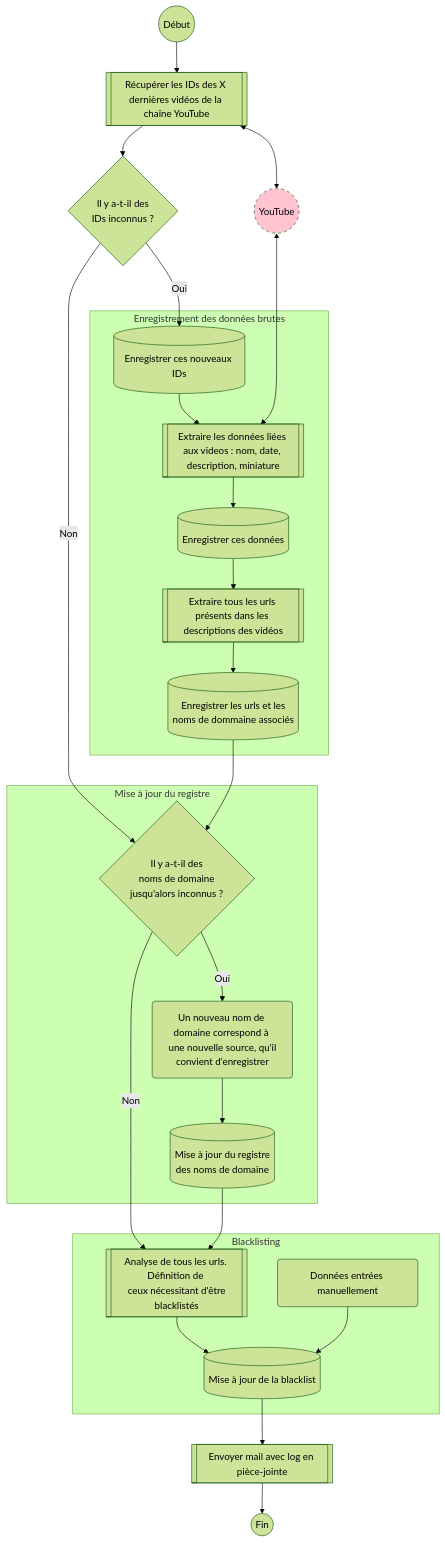
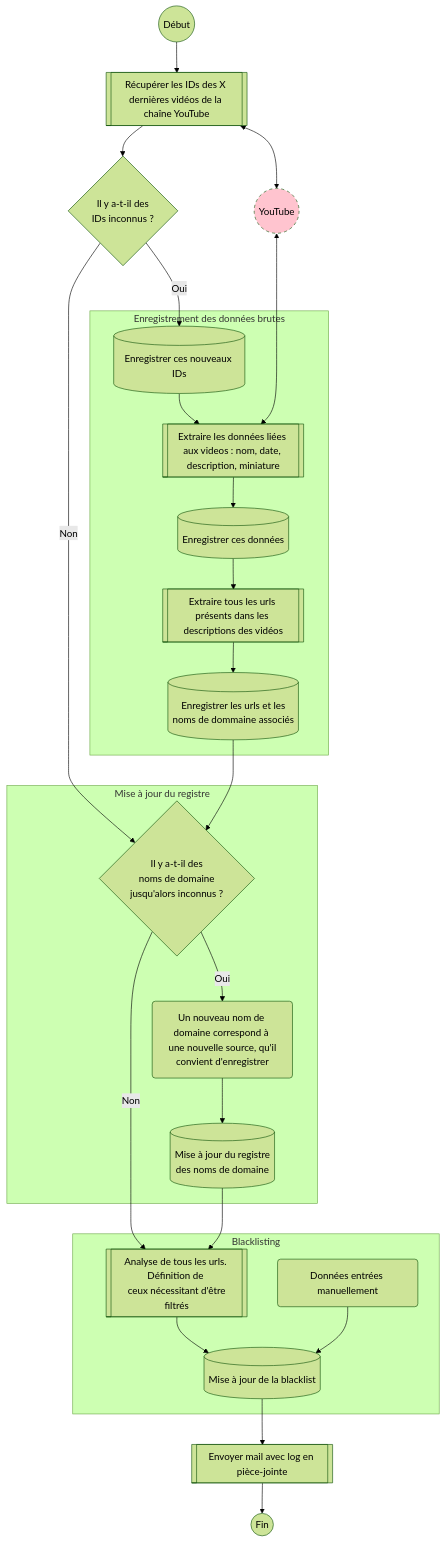
The second of 2 diagrams in README.md (Sources-Hugo-Decrypte/sources-hugo-decrypte-backend), drawn with Mermaid (forest theme) before and after one commit. The commit also changed other lines of this file, not shown here.

````diff
--- a/README.md
+++ b/README.md
@@ -95,50 +95,50 @@
 ```mermaid
 flowchart TB
     Start((Début)) -->FetchIDs
 
     FetchIDs[[Récupérer les IDs des X dernières vidéos de la chaîne YouTube]] --> IDCheck{Il y a-t-il des <br/> IDs inconnus ?}
     FetchIDs <--> Youtube((YouTube))
 
     IDCheck -->|Oui| VideoTableFillID[(Enregistrer ces nouveaux IDs)]
     IDCheck -->|Non| NewSourcesCheck
 
     VideoTableFillID --> ScrapeYTBDetails[[Extraire les données liées aux videos : nom, date, description, miniature]]
     Youtube <---> ScrapeYTBDetails
     ScrapeYTBDetails --> VideoTableFillDetails[(Enregistrer ces données)]
     
     VideoTableFillDetails --> ExtractUrls[[Extraire tous les urls présents dans les descriptions des vidéos]]
     ExtractUrls --> UrlTableFill[(Enregistrer les urls et les <br/> noms de dommaine associés)]
 
     UrlTableFill --> NewSourcesCheck{Il y a-t-il des <br/> noms de domaine <br/> jusqu'alors inconnus ?}
 
     NewSourcesCheck -->|Oui| NewDomainName(Un nouveau nom de domaine correspond à <br/> une nouvelle source, qu'il convient d'enregistrer)
     NewSourcesCheck -->|Non| BlacklistAnalysis
     
     NewDomainName --> RegisterUpdate
     RegisterUpdate[(Mise à jour du registre <br/> des noms de domaine)]
-    RegisterUpdate --> BlacklistAnalysis[[Analyse de tous les urls. Définition de <br/> ceux nécessitant d'être blacklistés]]
+    RegisterUpdate --> BlacklistAnalysis[[Analyse de tous les urls. Définition de <br/> ceux nécessitant d'être filtrés]]
     BlacklistAnalysis --> BlacklistUpdate[(Mise à jour de la blacklist)]
     ManualData(Données entrées manuellement) --> BlacklistUpdate
     BlacklistUpdate --> SendEmail[[Envoyer mail avec log en pièce-jointe]]
     SendEmail --> Done((Fin))
 
     subgraph "Enregistrement des données brutes"
         VideoTableFillID
         ScrapeYTBDetails
         VideoTableFillDetails
         ExtractUrls
         UrlTableFill
     end
     subgraph "Mise à jour du registre"
         NewSourcesCheck
         NewDomainName
         RegisterUpdate
     end
     subgraph "Blacklisting"
         BlacklistAnalysis
         ManualData
         BlacklistUpdate
     end
     
     style Youtube fill:#ffc4cf,stroke-dasharray: 5 5
 ```
````
